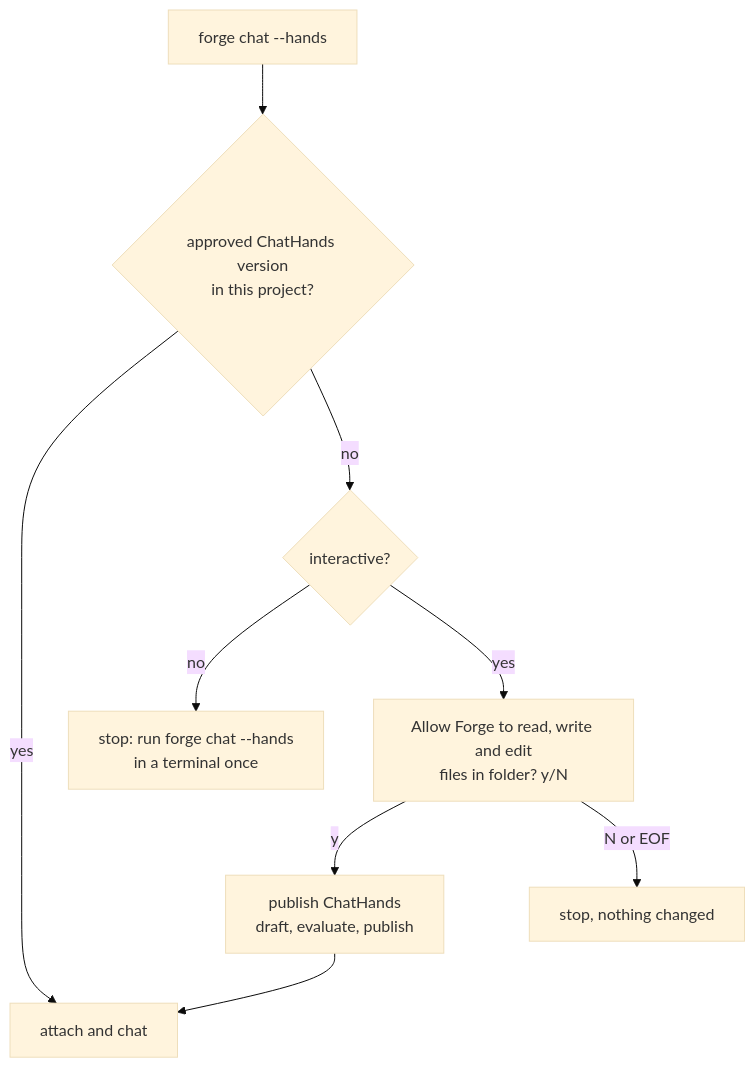
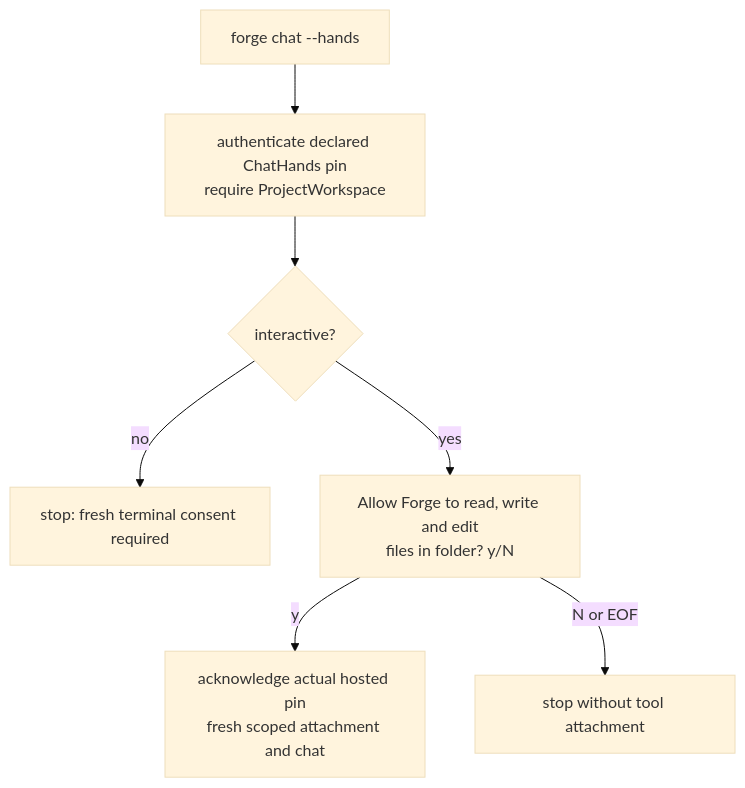
One commit to katasec/mission-control-language changed diagram 19 of 24 in docs/design/how-conversations-work.md. Above: the diagram before and after it, drawn with Mermaid (base theme). The commit also changed other lines of this file and 11 other files, not shown here.

````diff
--- a/docs/design/how-conversations-work.md
+++ b/docs/design/how-conversations-work.md
@@ -530,10 +548,9 @@
 ```mermaid
 flowchart TB
-  S["forge chat --hands"] --> F{"approved ChatHands version<br/>in this project?"}
-  F -->|"yes"| A["attach and chat"]
-  F -->|"no"| I{"interactive?"}
-  I -->|"no"| P["stop: run forge chat --hands<br/>in a terminal once"]
+  S["forge chat --hands"] --> F["authenticate declared ChatHands pin<br/>require ProjectWorkspace"]
+  F --> I{"interactive?"}
+  I -->|"no"| P["stop: fresh terminal consent required"]
   I -->|"yes"| Q["Allow Forge to read, write and edit<br/>files in folder? y/N"]
-  Q -->|"y"| PUB["publish ChatHands<br/>draft, evaluate, publish"] --> A
-  Q -->|"N or EOF"| D["stop, nothing changed"]
+  Q -->|"y"| A["acknowledge actual hosted pin<br/>fresh scoped attachment and chat"]
+  Q -->|"N or EOF"| D["stop without tool attachment"]
 ```
````
